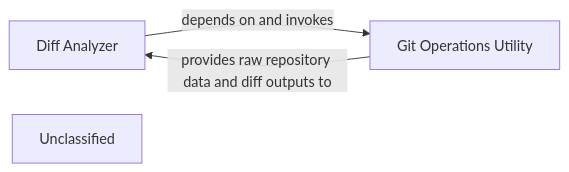
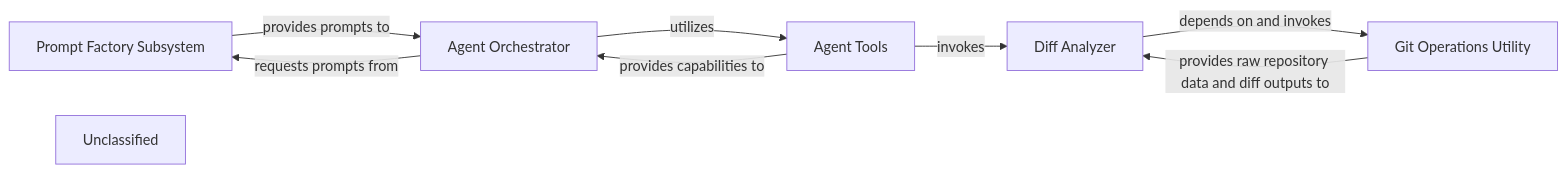
Before and after one commit to mariyam866/CodeBoarding: the diagram in .codeboarding/Repository_Manager.md, drawn with Mermaid. The commit also changed other lines of this file and 15 other files, not shown here.

First line of the commit message:
docs: update codeboarding documentation and generate architecture

````diff
--- a/.codeboarding/Repository_Manager.md
+++ b/.codeboarding/Repository_Manager.md
@@ -1,8 +1,16 @@
 ```mermaid
 graph LR
     Diff_Analyzer["Diff Analyzer"]
     Git_Operations_Utility["Git Operations Utility"]
+    Prompt_Factory_Subsystem["Prompt Factory Subsystem"]
+    Agent_Orchestrator["Agent Orchestrator"]
+    Agent_Tools["Agent Tools"]
     Unclassified["Unclassified"]
+    Agent_Orchestrator -- "requests prompts from" --> Prompt_Factory_Subsystem
+    Prompt_Factory_Subsystem -- "provides prompts to" --> Agent_Orchestrator
+    Agent_Orchestrator -- "utilizes" --> Agent_Tools
+    Agent_Tools -- "provides capabilities to" --> Agent_Orchestrator
+    Agent_Tools -- "invokes" --> Diff_Analyzer
     Diff_Analyzer -- "depends on and invokes" --> Git_Operations_Utility
     Git_Operations_Utility -- "provides raw repository data and diff outputs to" --> Diff_Analyzer
 ```
````
